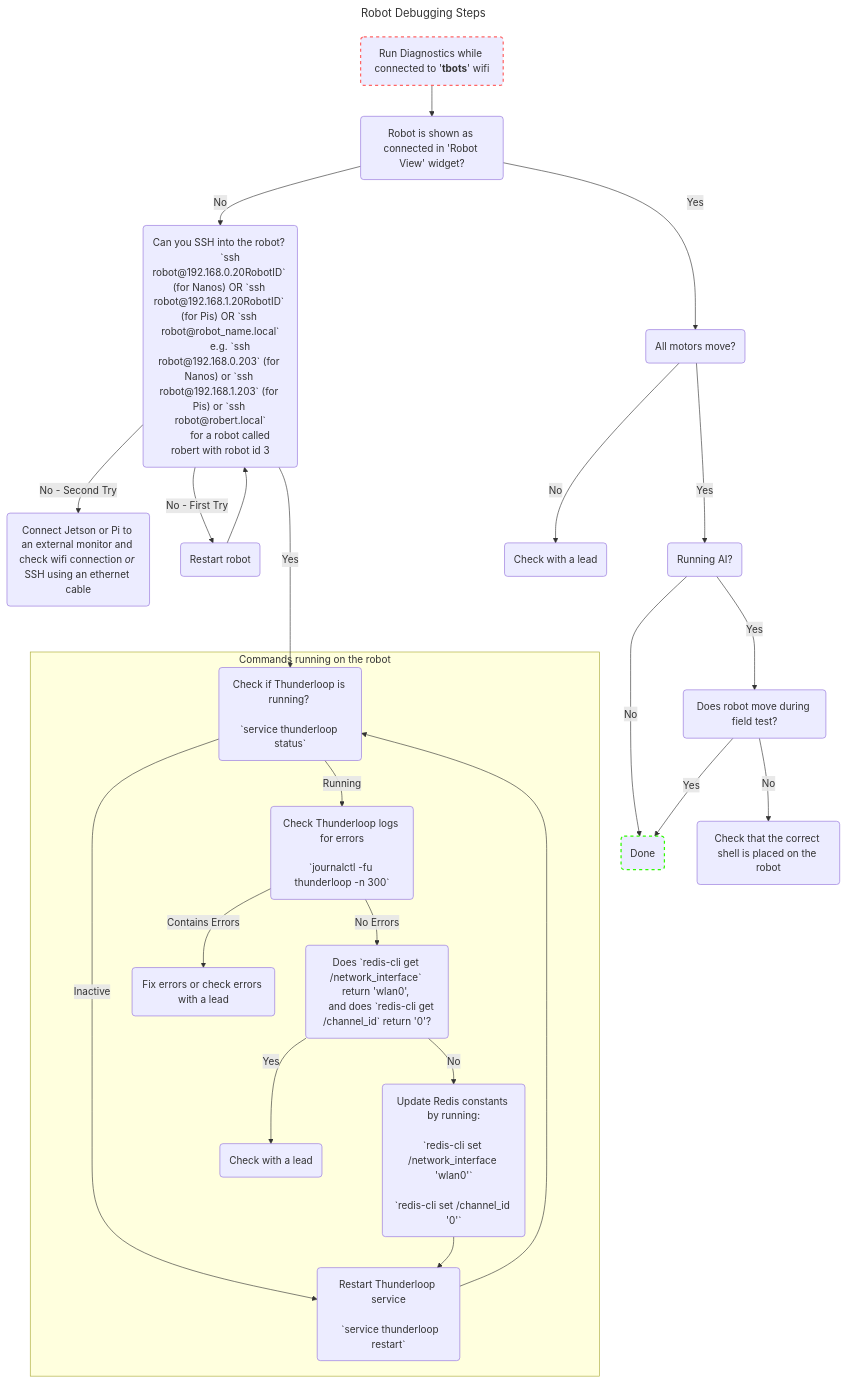
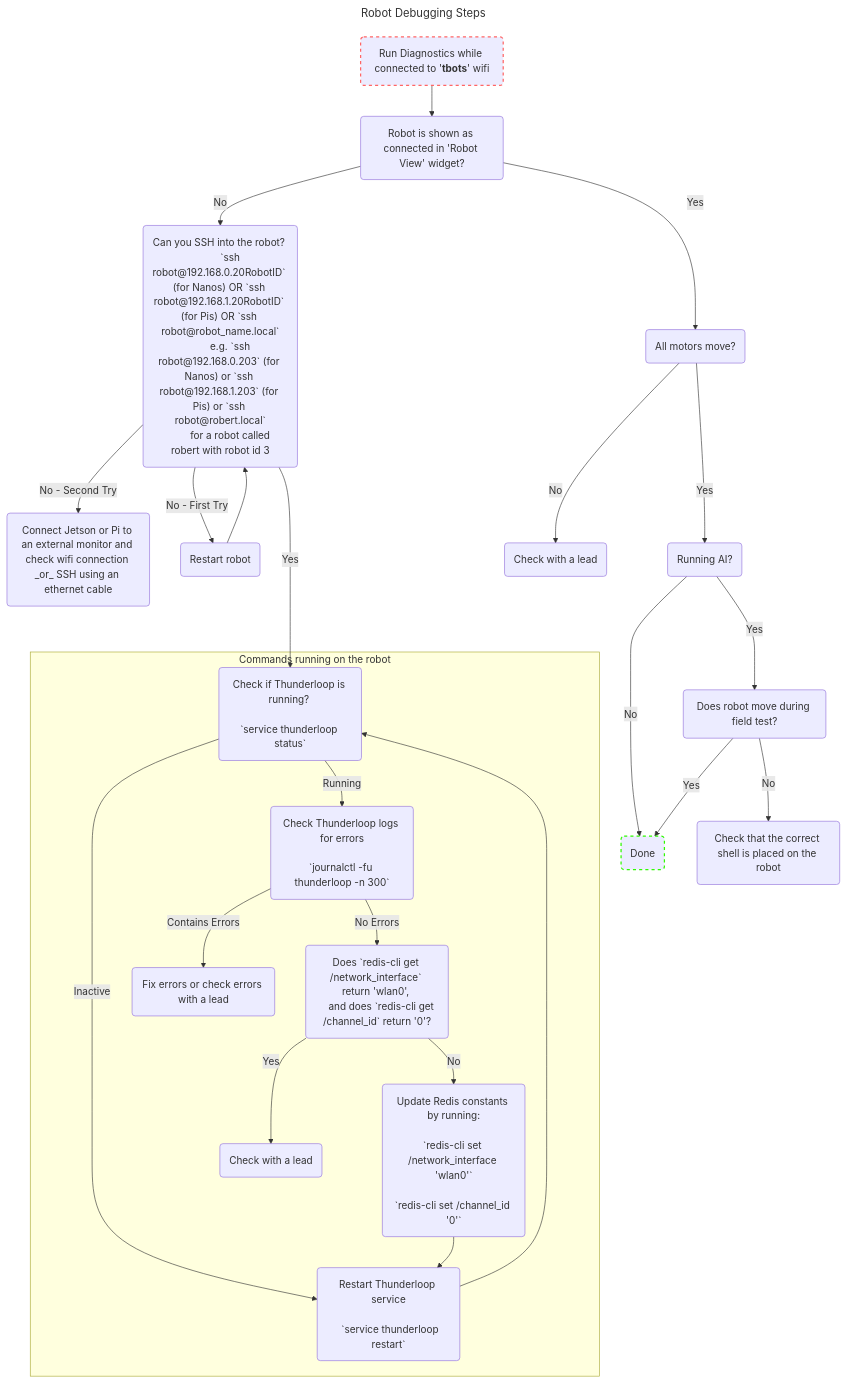
Before and after one commit to UBC-Thunderbots/Software: the diagram in docs/useful-robot-commands.md, drawn with Mermaid. The commit also changed 1 other file, not shown here.

Commit message:
fix mermaid diagram

````diff
--- a/docs/useful-robot-commands.md
+++ b/docs/useful-robot-commands.md
@@ -25,48 +25,48 @@
 ```mermaid
 ---
 title: Robot Debugging Steps
 ---
 flowchart TD
     ssh("Can you SSH into the robot? 
         `ssh robot@192.168.0.20RobotID` (for Nanos) OR `ssh robot@192.168.1.20RobotID` (for Pis) OR `ssh robot@robot_name.local`
         e.g. `ssh robot@192.168.0.203` (for Nanos) or `ssh robot@192.168.1.203` (for Pis) or `ssh robot@robert.local`
         for a robot called robert with robot id 3")
     ssh ---> |Yes| tloop_status
-    ssh --> |No - Second Try| monitor("`Connect Jetson or Pi to an external monitor and check wifi connection _or_ SSH using an ethernet cable`")
+    ssh --> |No - Second Try| monitor("Connect Jetson or Pi to an external monitor and check wifi connection _or_ SSH using an ethernet cable")
     ssh --> |No - First Try| restart(Restart robot)
     restart --> ssh
 
     diagnostics("`Run Diagnostics while connected to '**tbots**' wifi`") --> robot_view
     robot_view(Robot is shown as connected in 'Robot View' widget?) --> |Yes| check_motors(All motors move?)
     style diagnostics stroke:#f66,stroke-width:2px,stroke-dasharray: 5 5
 
     check_motors -->|Yes| field_test(Running AI?)
     field_test -->|No| done(Done)
     style done stroke:#30fa02,stroke-width:2px,stroke-dasharray: 5 5
     field_test -->|Yes| field_test_moves(Does robot move during field test?)
     field_test_moves --> |No| check_shell("`Check that the correct shell is placed on the robot`")
     check_shell
     field_test_moves --> |Yes| done
 
     robot_view --> |No| ssh
     check_motors -->|No| rip
     rip(Check with a lead)
                   
     subgraph ssh_graph [Commands running on the robot]
     tloop_status(Check if Thunderloop is running? 
                                `service thunderloop status`)
     tloop_status --> |Inactive| tloop_restart(Restart Thunderloop service
                                               `service thunderloop restart`)
     tloop_status --> |Running| tloop_logs(Check Thunderloop logs for errors
                                           `journalctl -fu thunderloop -n 300`)
     tloop_logs --> |No Errors| check_redis(Does `redis-cli get /network_interface` return 'wlan0', 
     and does `redis-cli get /channel_id` return '0'?)
     tloop_logs --> |Contains Errors| rip2("`Fix errors or check errors with a lead`")
     check_redis --> |No| update_redis(Update Redis constants by running:
                                       `redis-cli set /network_interface 'wlan0'`
                                       `redis-cli set /channel_id '0'`)
     check_redis --> |Yes| rip3(Check with a lead)
     update_redis --> tloop_restart
     tloop_restart --> tloop_status
     end
 ```
````
